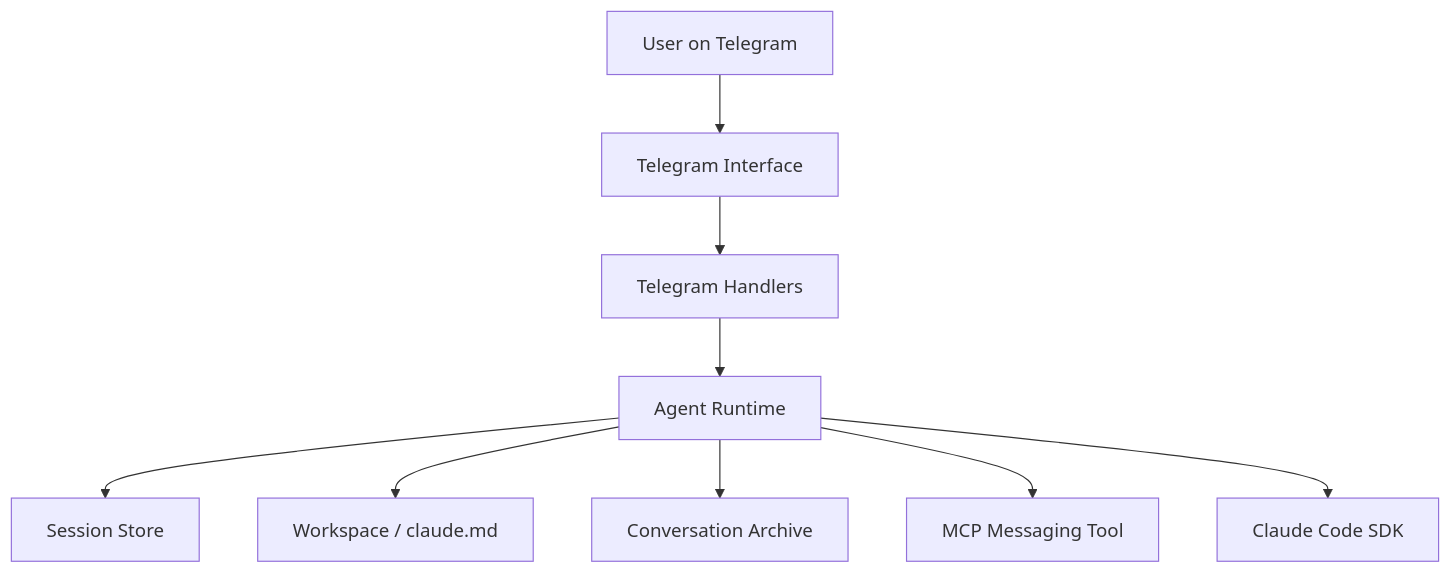
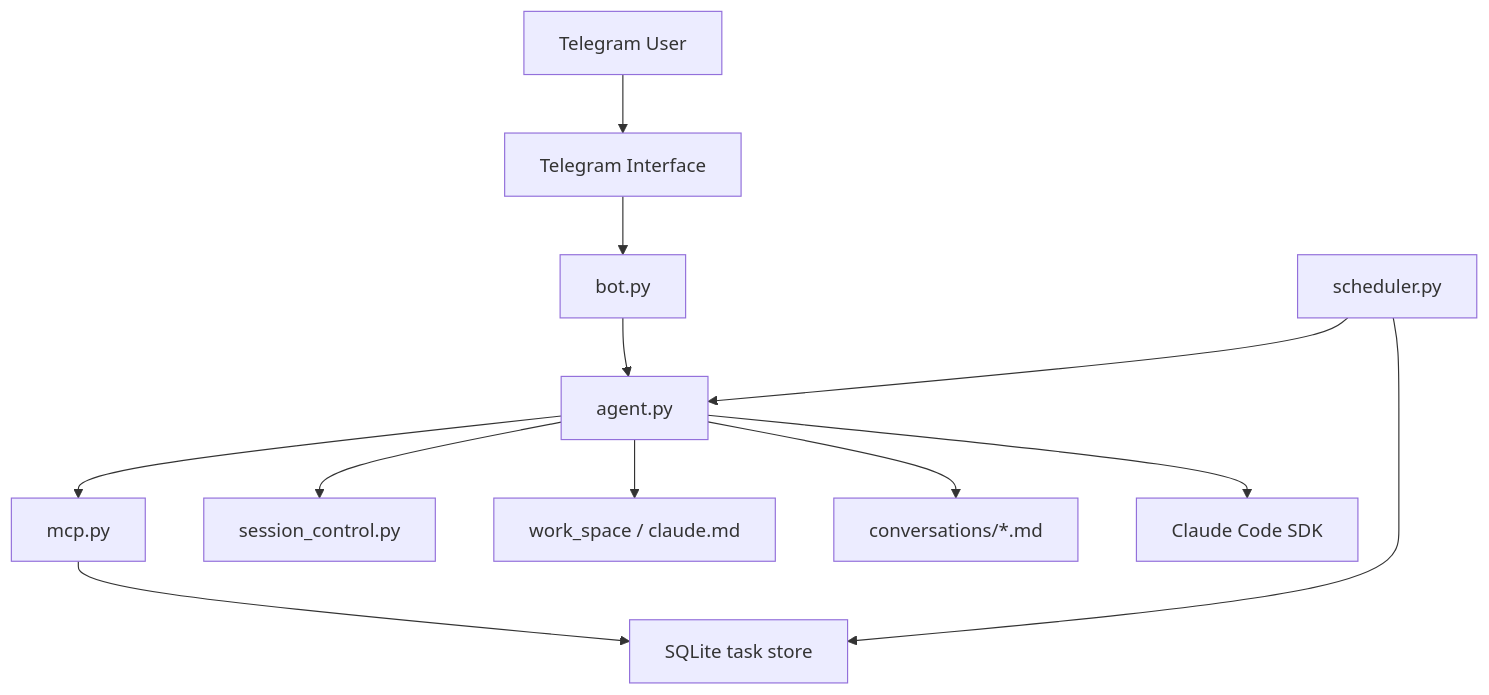
The diagram in README.md (buctzzp/nano-openclaw), drawn with Mermaid before and after one commit. The commit also changed other lines of this file and 9 other files, not shown here.

````diff
--- a/README.md
+++ b/README.md
@@ -88,21 +95,26 @@
 ```mermaid
 flowchart TD
-    User[User on Telegram]
+    User[Telegram User]
     Telegram[Telegram Interface]
-    Handlers[Telegram Handlers]
-    Agent[Agent Runtime]
-    Session[Session Store]
-    Workspace[Workspace / claude.md]
-    Archive[Conversation Archive]
-    MCP[MCP Messaging Tool]
+    Bot[bot.py]
+    Agent[agent.py]
+    MCP[mcp.py]
+    Session[session_control.py]
+    Workspace[work_space / claude.md]
+    Archive[conversations/*.md]
+    Scheduler[scheduler.py]
+    DB[SQLite task store]
     Claude[Claude Code SDK]
 
     User --> Telegram
-    Telegram --> Handlers
-    Handlers --> Agent
+    Telegram --> Bot
+    Bot --> Agent
+    Agent --> MCP
     Agent --> Session
     Agent --> Workspace
     Agent --> Archive
-    Agent --> MCP
     Agent --> Claude
+    Scheduler --> Agent
+    Scheduler --> DB
+    MCP --> DB
 ```
````
